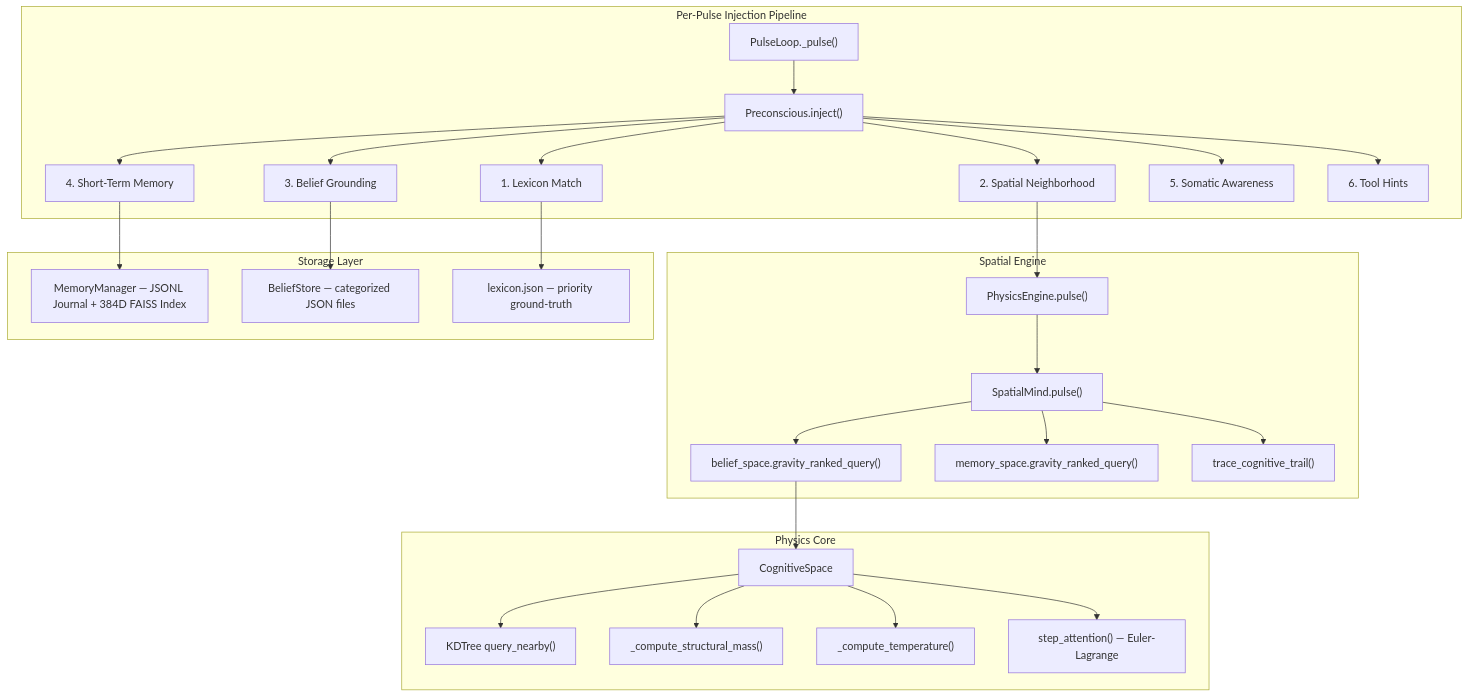
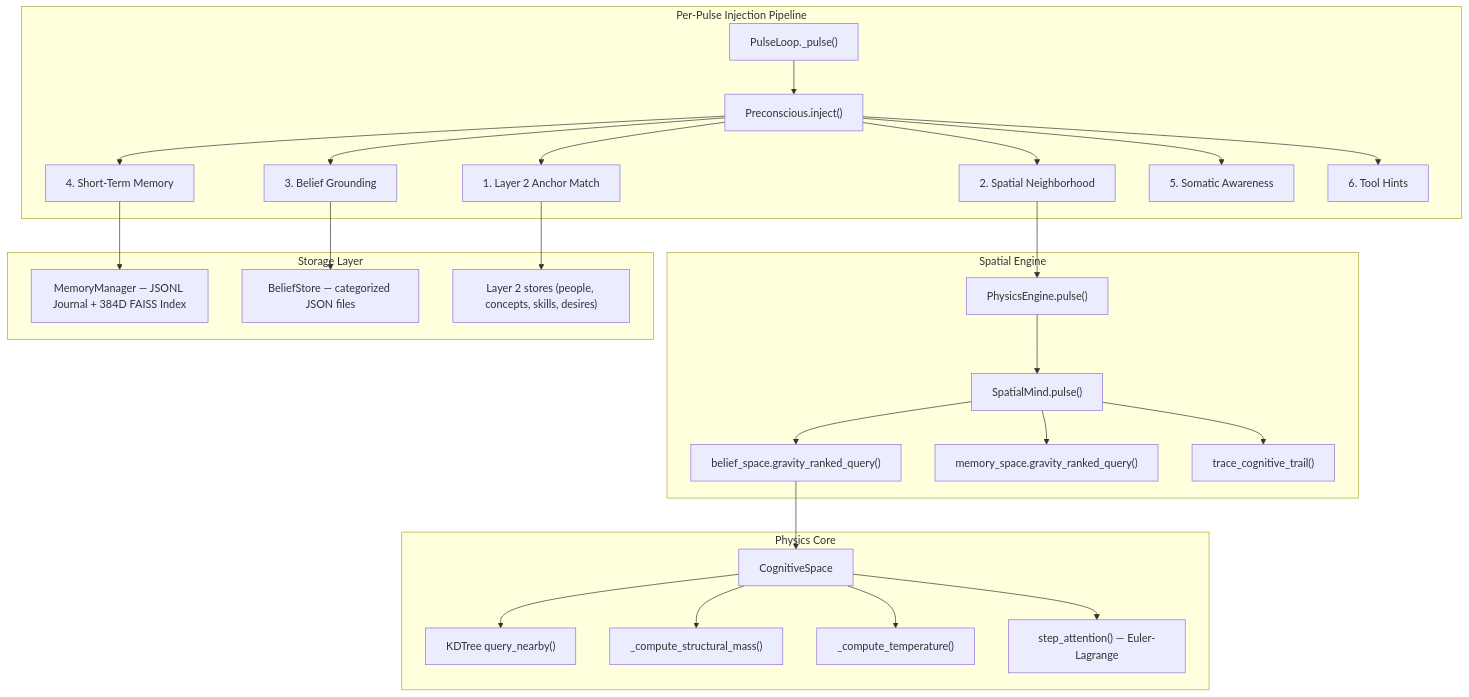
One commit to munch2u-a11y/Helix-AGI changed the diagram in documents/preconscious_memory_audit.md. Above: the diagram before and after it, drawn with Mermaid. The commit also changed other lines of this file and 6 other files, not shown here.

Commit message:
Update technical audits to align with 2-Tier Epistemic Architecture and Layer 2 Anchoring

````diff
--- a/documents/preconscious_memory_audit.md
+++ b/documents/preconscious_memory_audit.md
@@ -24,38 +24,38 @@
 ```mermaid
 graph TD
     subgraph "Per-Pulse Injection Pipeline"
         A["PulseLoop._pulse()"] --> B["Preconscious.inject()"]
-        B --> C1["1. Lexicon Match"]
+        B --> C1["1. Layer 2 Anchor Match"]
         B --> C2["2. Spatial Neighborhood"]
         B --> C3["3. Belief Grounding"]
         B --> C4["4. Short-Term Memory"]
         B --> C5["5. Somatic Awareness"]
         B --> C6["6. Tool Hints"]
     end
 
     subgraph "Spatial Engine"
         C2 --> D["PhysicsEngine.pulse()"]
         D --> E["SpatialMind.pulse()"]
         E --> F1["belief_space.gravity_ranked_query()"]
         E --> F2["memory_space.gravity_ranked_query()"]
         E --> F3["trace_cognitive_trail()"]
     end
 
     subgraph "Physics Core"
         F1 --> G["CognitiveSpace"]
         G --> G1["KDTree query_nearby()"]
         G --> G2["_compute_structural_mass()"]
         G --> G3["_compute_temperature()"]
         G --> G4["step_attention() — Euler-Lagrange"]
     end
 
     subgraph "Storage Layer"
         H1["MemoryManager — JSONL Journal + 384D FAISS Index"]
         H2["BeliefStore — categorized JSON files"]
-        H3["lexicon.json — priority ground-truth"]
+        H3["Layer 2 stores (people, concepts, skills, desires)"]
     end
 
     C1 --> H3
     C3 --> H2
     C4 --> H1
 ```
````
